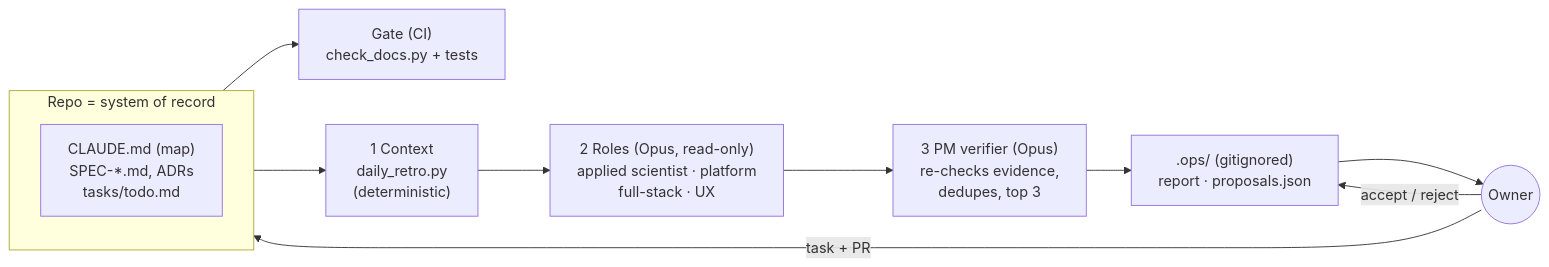
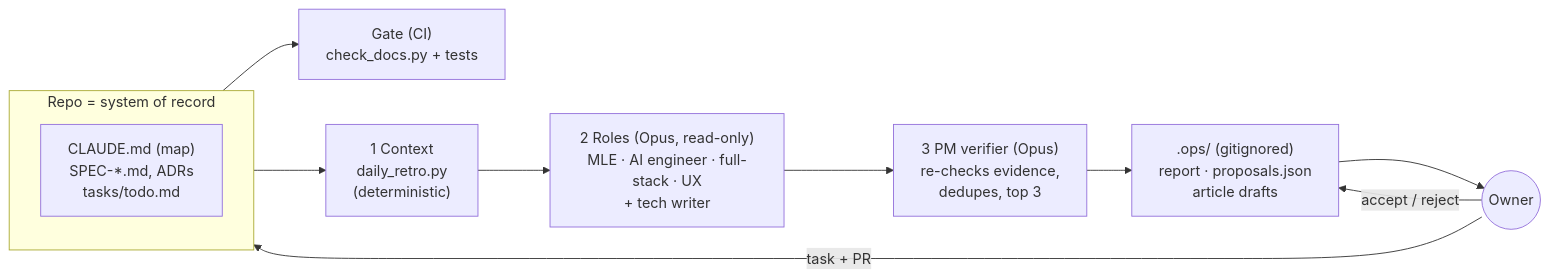
One commit to r03922123/jp_ski_map changed the diagram in docs/harness.md. Above: the diagram before and after it, drawn with Mermaid. The commit also changed other lines of this file and 8 other files, not shown here.

First line of the commit message:
Roles: MLE, AI engineer, full-stack, UX, plus a tech writer

````diff
--- a/docs/harness.md
+++ b/docs/harness.md
@@ -6,16 +6,16 @@
 ```mermaid
 flowchart LR
   subgraph repo["Repo = system of record"]
     map["CLAUDE.md (map)<br/>SPEC-*.md, ADRs<br/>tasks/todo.md"]
   end
   gate["Gate (CI)<br/>check_docs.py + tests"]
   ctx["1 Context<br/>daily_retro.py<br/>(deterministic)"]
-  roles["2 Roles (Opus, read-only)<br/>applied scientist · platform<br/>full-stack · UX"]
+  roles["2 Roles (Opus, read-only)<br/>MLE · AI engineer · full-stack · UX<br/>+ tech writer"]
   pm["3 PM verifier (Opus)<br/>re-checks evidence,<br/>dedupes, top 3"]
-  ops[".ops/ (gitignored)<br/>report · proposals.json"]
+  ops[".ops/ (gitignored)<br/>report · proposals.json<br/>article drafts"]
   owner(("Owner"))
   repo --> gate
   repo --> ctx --> roles --> pm --> ops --> owner
   owner -- "accept / reject" --> ops
   owner -- "task + PR" --> repo
 ```
````
